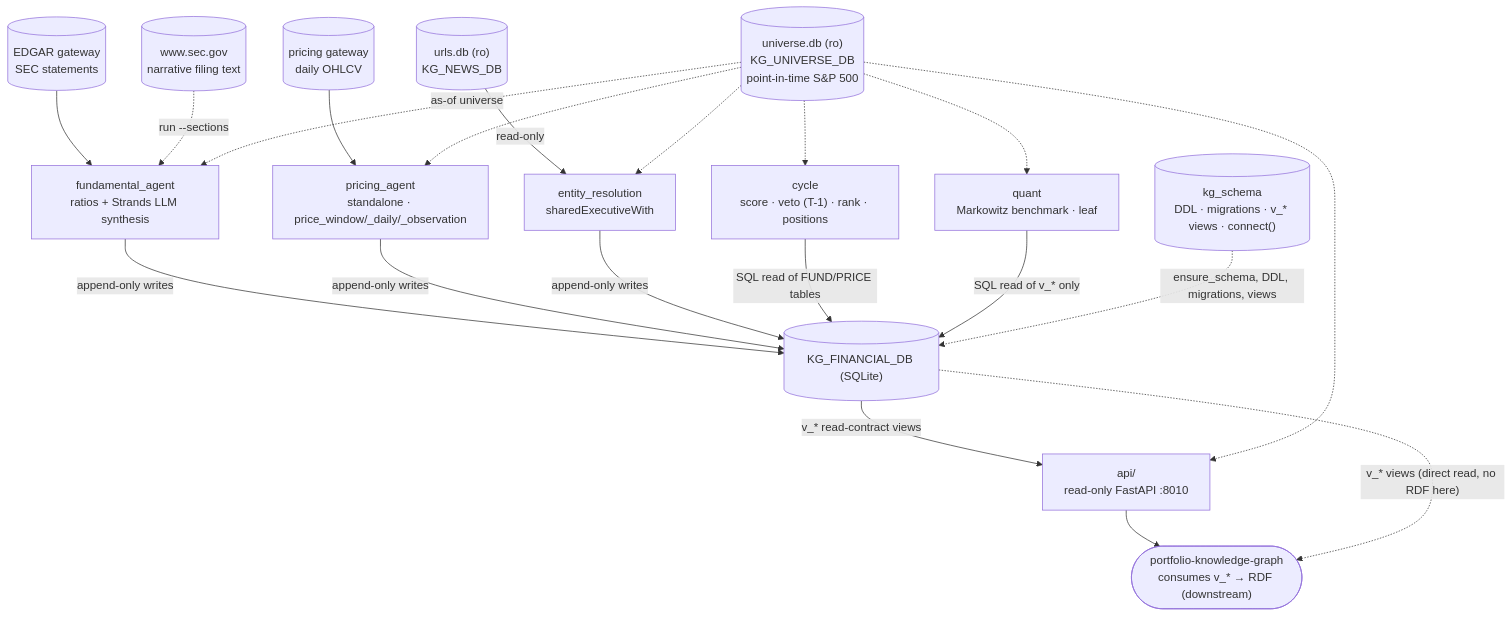
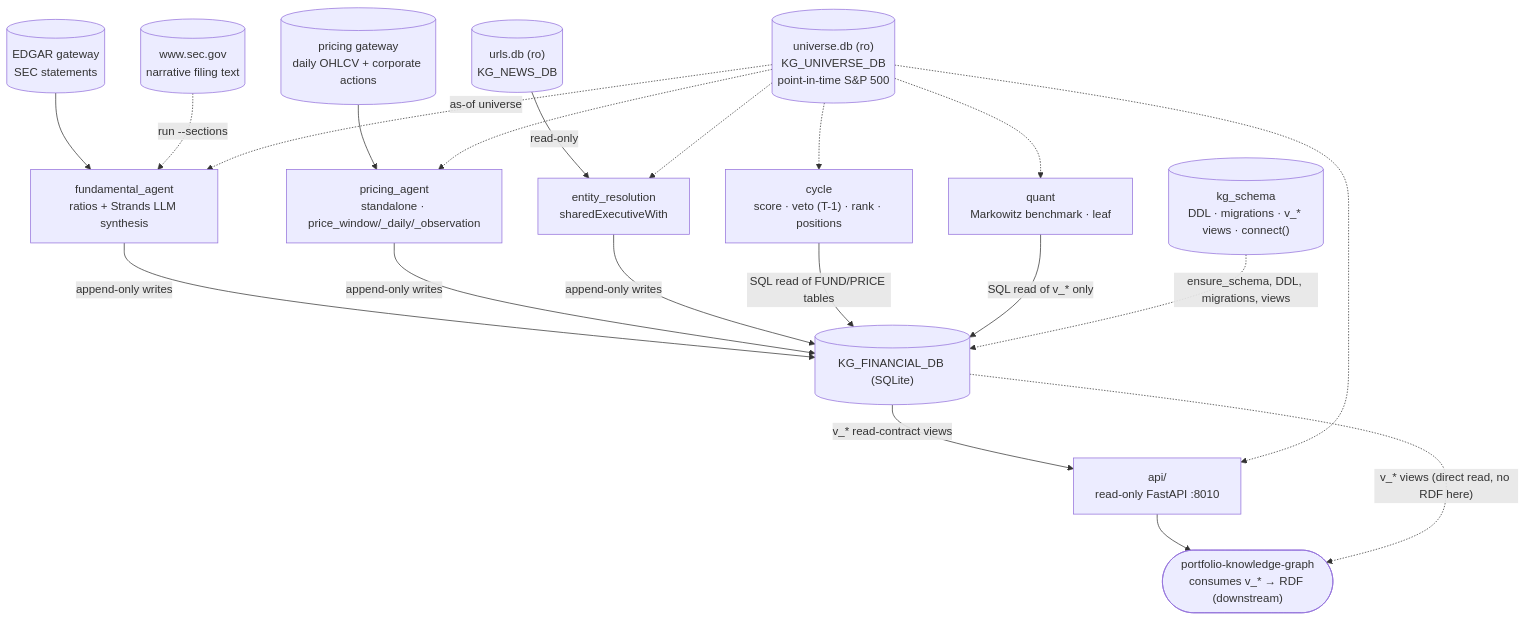
Before and after one commit to gamug/portfolio-financial-analysis: the diagram in .specify/memory/SPEC.md, drawn with Mermaid. The commit also changed other lines of this file and 19 other files, not shown here.

````diff
--- a/.specify/memory/SPEC.md
+++ b/.specify/memory/SPEC.md
@@ -190,40 +190,40 @@
 ```mermaid
 flowchart TB
     EDGAR[("EDGAR gateway<br/>SEC statements")]
     SECGOV[("www.sec.gov<br/>narrative filing text")]
-    PRICING[("pricing gateway<br/>daily OHLCV")]
+    PRICING[("pricing gateway<br/>daily OHLCV + corporate actions")]
     URLSDB[("urls.db (ro)<br/>KG_NEWS_DB")]
     UNIVDB[("universe.db (ro)<br/>KG_UNIVERSE_DB<br/>point-in-time S&P 500")]
 
     FUND["fundamental_agent<br/>ratios + Strands LLM synthesis"]
     PRICE["pricing_agent<br/>standalone · price_window/_daily/_observation"]
     ER["entity_resolution<br/>sharedExecutiveWith"]
     CYCLE["cycle<br/>score · veto (T-1) · rank · positions"]
     QUANT["quant<br/>Markowitz benchmark · leaf"]
     KGS[("kg_schema<br/>DDL · migrations · v_* views · connect()")]
     DB[("KG_FINANCIAL_DB (SQLite)")]
     API["api/<br/>read-only FastAPI :8010"]
     KG(["portfolio-knowledge-graph<br/>consumes v_* → RDF (downstream)"])
 
     EDGAR --> FUND
     SECGOV -.->|"run --sections"| FUND
     PRICING --> PRICE
     URLSDB -->|read-only| ER
     UNIVDB -.->|as-of universe| FUND
     UNIVDB -.-> PRICE
     UNIVDB -.-> ER
     UNIVDB -.-> CYCLE
     UNIVDB -.-> QUANT
 
     FUND -->|append-only writes| DB
     PRICE -->|append-only writes| DB
     ER -->|append-only writes| DB
     CYCLE -->|"SQL read of FUND/PRICE tables"| DB
     QUANT -->|"SQL read of v_* only"| DB
     KGS -.->|ensure_schema, DDL, migrations, views| DB
 
     DB -->|"v_* read-contract views"| API
     UNIVDB -.-> API
     API --> KG
     DB -.->|"v_* views (direct read, no RDF here)"| KG
 ```
````
